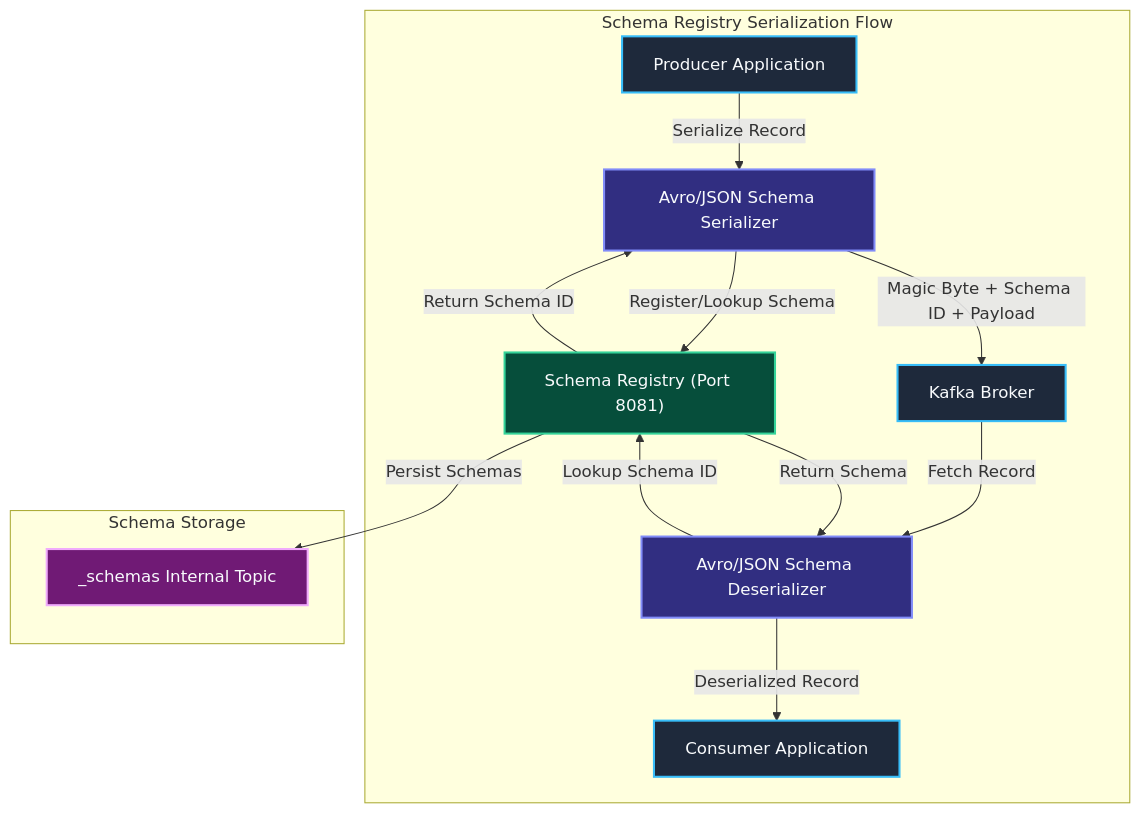
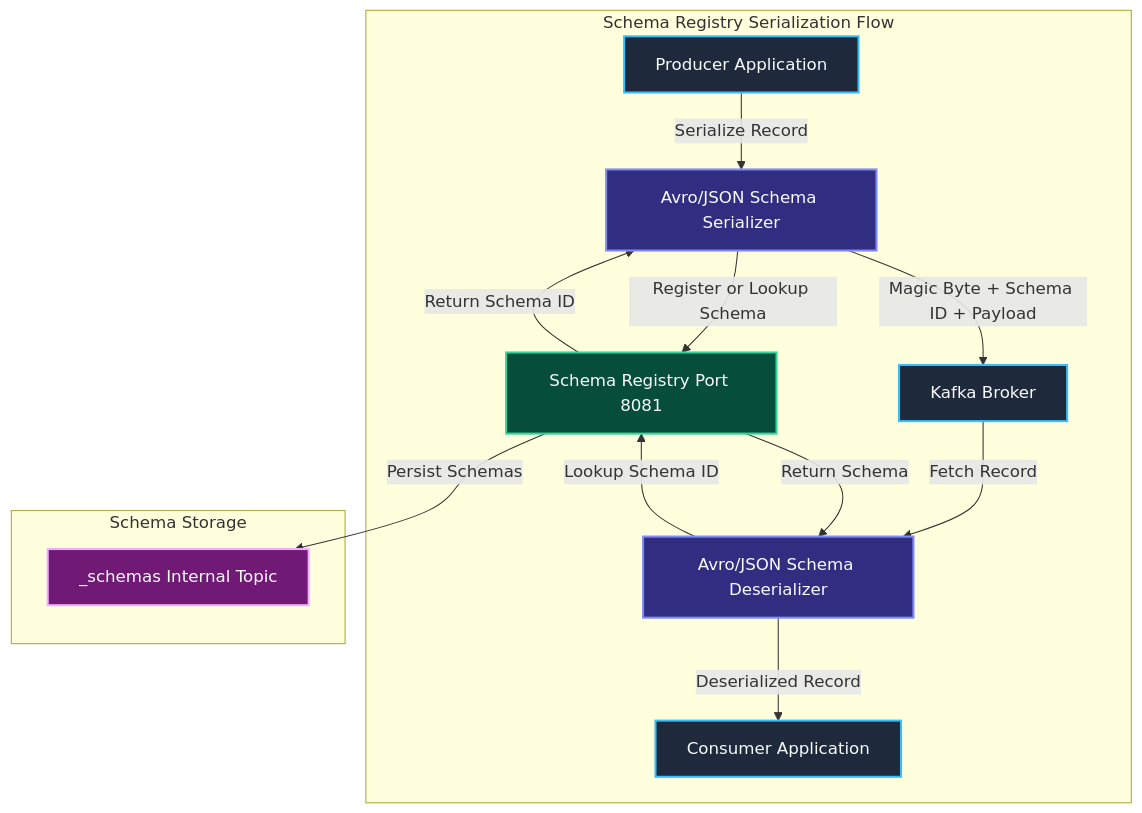
Before and after one commit to Chief-Strategist-J/llm-obs-infra: diagram 43 of 48 in docs/configDoc/kafka-configuration-guide.md, drawn with Mermaid. The commit also changed other lines of this file, not shown here.

Commit message:
fix(docs): resolve all Mermaid diagram syntax and layout rendering issues in kafka configuration guide

````diff
--- a/docs/configDoc/kafka-configuration-guide.md
+++ b/docs/configDoc/kafka-configuration-guide.md
@@ -3297,26 +3316,28 @@
 ```mermaid
 graph TD
     subgraph SchemaFlow ["Schema Registry Serialization Flow"]
         Producer["Producer Application"] -->|Serialize Record| Serializer["Avro/JSON Schema Serializer"]
-        Serializer -->|Register/Lookup Schema| Registry["Schema Registry (Port 8081)"]
+        Serializer -->|Register or Lookup Schema| Registry["Schema Registry Port 8081"]
         Registry -->|Return Schema ID| Serializer
         Serializer -->|Magic Byte + Schema ID + Payload| KafkaBroker["Kafka Broker"]
 
         KafkaBroker -->|Fetch Record| Deserializer["Avro/JSON Schema Deserializer"]
         Deserializer -->|Lookup Schema ID| Registry
         Registry -->|Return Schema| Deserializer
         Deserializer -->|Deserialized Record| Consumer["Consumer Application"]
     end
 
     subgraph SchemaStore ["Schema Storage"]
-        Registry -->|Persist Schemas| SchemasTopic["_schemas Internal Topic"]
+        SchemasTopic["_schemas Internal Topic"]
     end
+
+    Registry -->|Persist Schemas| SchemasTopic
 
     style Producer fill:#1e293b,stroke:#38bdf8,stroke-width:2px,color:#f8fafc
     style Serializer fill:#312e81,stroke:#818cf8,stroke-width:2px,color:#f8fafc
     style Registry fill:#064e3b,stroke:#34d399,stroke-width:2px,color:#f8fafc
     style KafkaBroker fill:#1e293b,stroke:#38bdf8,stroke-width:2px,color:#f8fafc
     style Deserializer fill:#312e81,stroke:#818cf8,stroke-width:2px,color:#f8fafc
     style Consumer fill:#1e293b,stroke:#38bdf8,stroke-width:2px,color:#f8fafc
     style SchemasTopic fill:#701a75,stroke:#f0abfc,stroke-width:2px,color:#f8fafc
 ```
````
